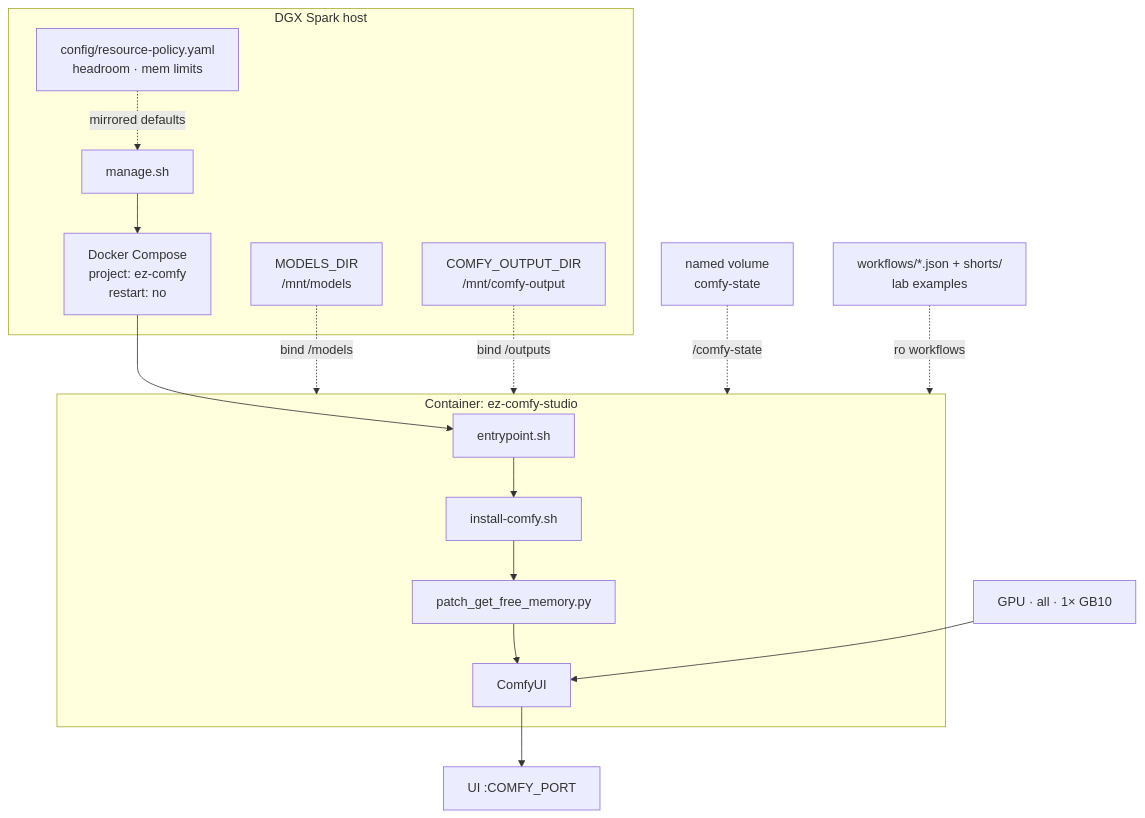
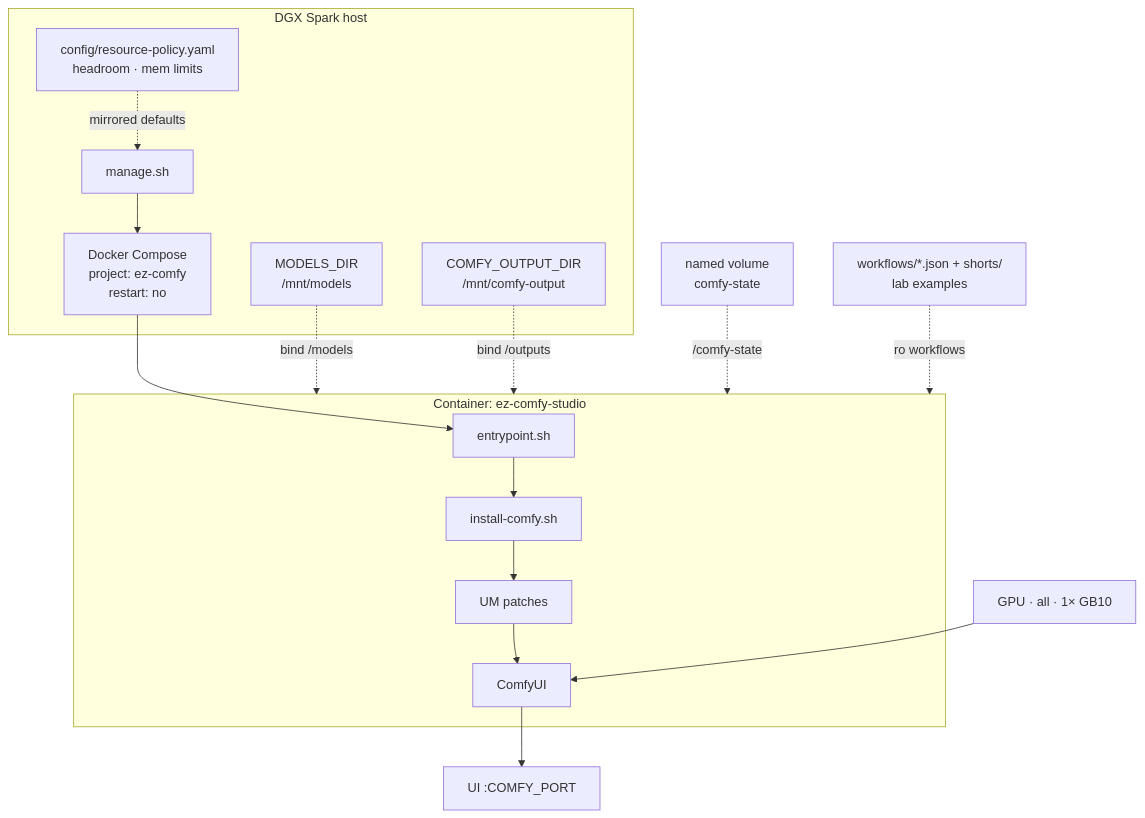
Before and after one commit to toxicoder/ez-comfy-stack: the first of 5 diagrams in docs/visual-generative-ai.md, drawn with Mermaid. The commit also changed other lines of this file and 25 other files, not shown here.

````diff
--- a/docs/visual-generative-ai.md
+++ b/docs/visual-generative-ai.md
@@ -33,33 +33,33 @@
 ```mermaid
 flowchart TB
   subgraph Host["DGX Spark host"]
     CLI["manage.sh"]
     Compose["Docker Compose<br/>project: ez-comfy<br/>restart: no"]
     Models["MODELS_DIR<br/>/mnt/models"]
     Out["COMFY_OUTPUT_DIR<br/>/mnt/comfy-output"]
     Policy["config/resource-policy.yaml<br/>headroom · mem limits"]
   end
 
   subgraph Ctr["Container: ez-comfy-studio"]
     EP["entrypoint.sh"]
     Install["install-comfy.sh"]
-    Patch["patch_get_free_memory.py"]
+    Patch["UM patches"]
     Comfy["ComfyUI"]
     EP --> Install --> Patch --> Comfy
   end
 
   Vol["named volume<br/>comfy-state"]
   WF["workflows/*.json + shorts/<br/>lab examples"]
   GPU["GPU · all · 1× GB10"]
   UI["UI :COMFY_PORT"]
 
   CLI --> Compose
   Compose --> EP
   Models -.->|bind /models| Ctr
   Out -.->|bind /outputs| Ctr
   Vol -.->|/comfy-state| Ctr
   WF -.->|ro workflows| Ctr
   GPU --> Comfy
   Comfy --> UI
   Policy -.->|mirrored defaults| CLI
 ```
````
